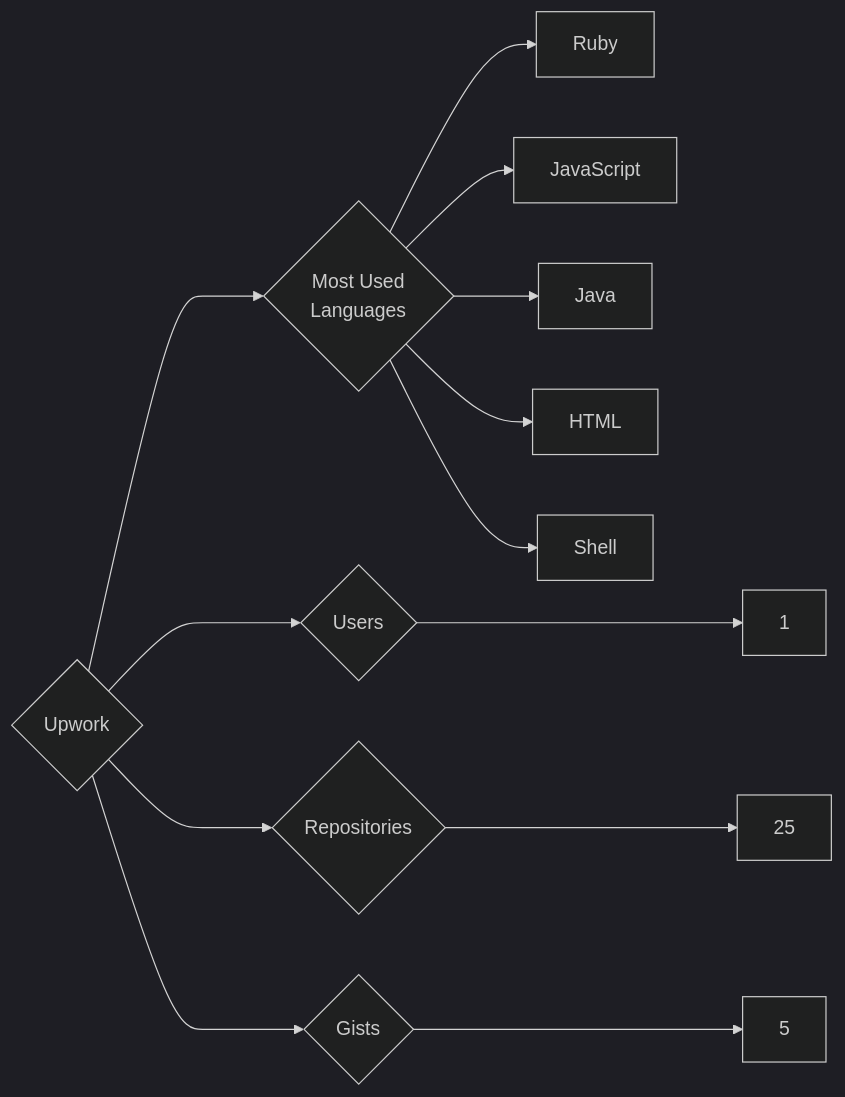
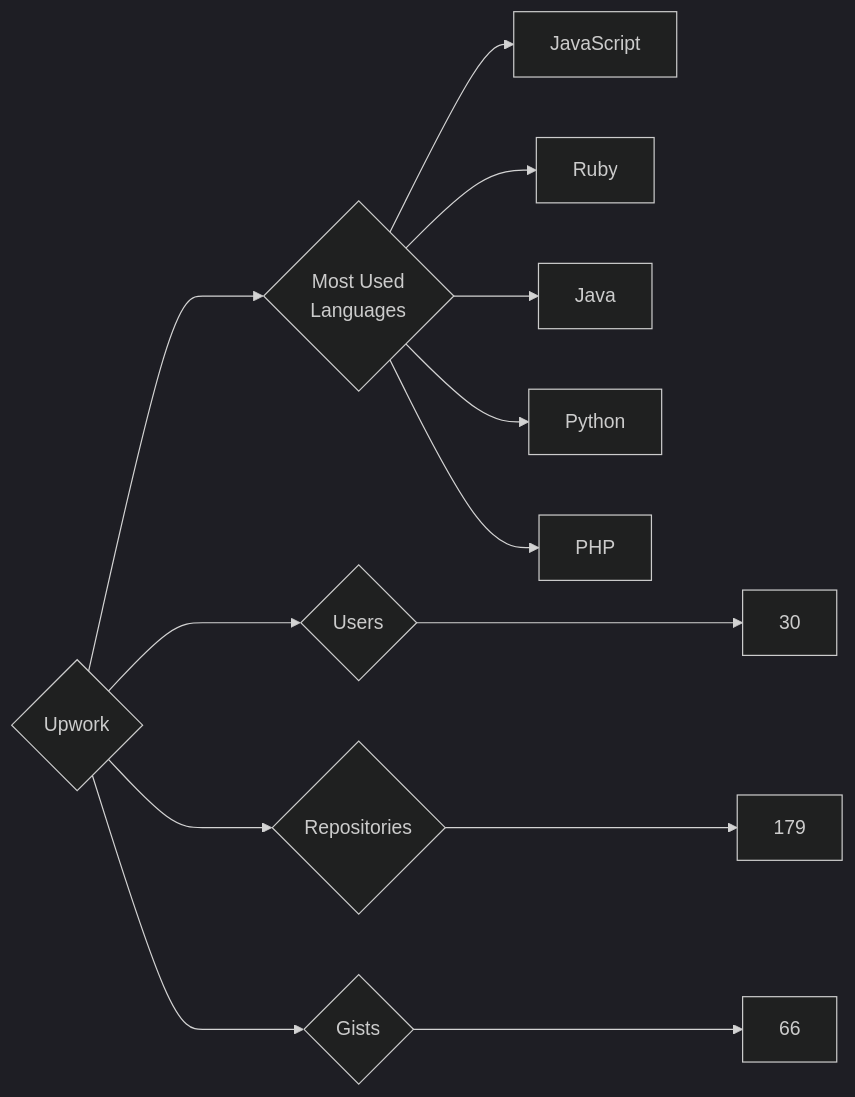
Before and after one commit to trickest/insiders: the diagram in targets/Upwork/README.md, drawn with Mermaid (dark theme). The commit also changed 964 other files, not shown here.

````diff
--- a/targets/Upwork/README.md
+++ b/targets/Upwork/README.md
@@ -3,13 +3,13 @@
 ```mermaid
 graph LR
 COMPANY_NAME{Upwork}
-COMPANY_NAME ---> U{Users} ---> UN[1]
-COMPANY_NAME ---> R{Repositories} ---> RN[25]
-COMPANY_NAME ---> G{Gists} ---> GN[5]
+COMPANY_NAME ---> U{Users} ---> UN[30]
+COMPANY_NAME ---> R{Repositories} ---> RN[179]
+COMPANY_NAME ---> G{Gists} ---> GN[66]
 COMPANY_NAME ---> ML{Most Used<br>Languages}
+ML --> JavaScript[JavaScript]
 ML --> Ruby[Ruby]
-ML --> JavaScript[JavaScript]
 ML --> Java[Java]
-ML --> HTML[HTML]
-ML --> Shell[Shell]
+ML --> Python[Python]
+ML --> PHP[PHP]
 ```
````
